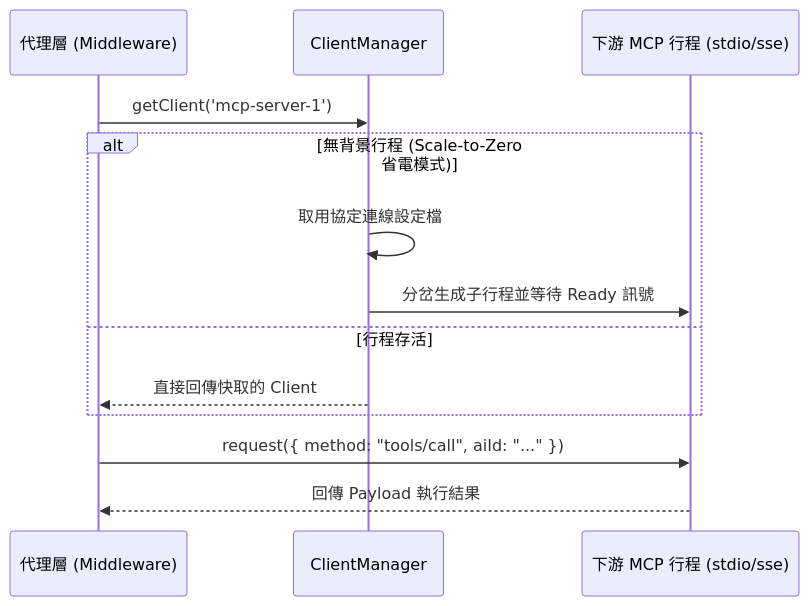
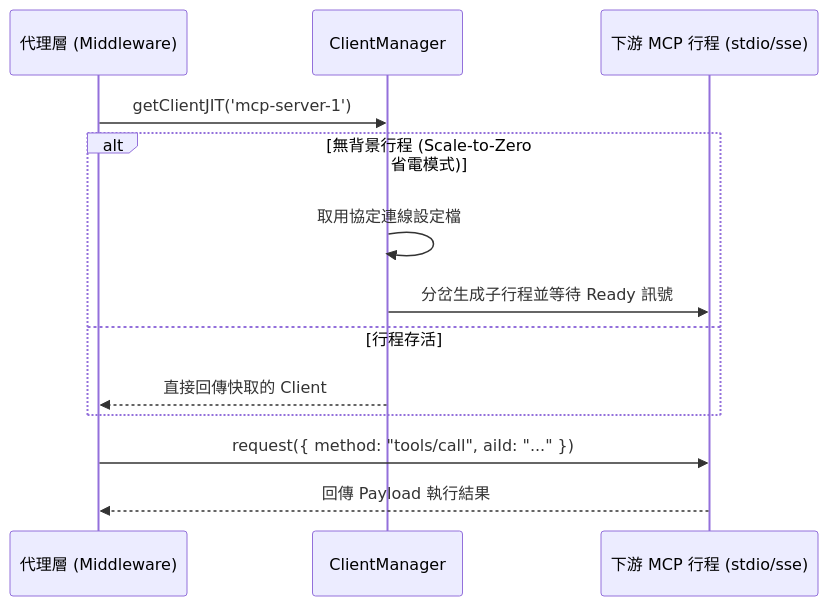
The sixth of 10 diagrams in ARCHITECTURE.md (Cyber-Sec-Space/aag-core), drawn with Mermaid before and after one commit. The commit also changed other lines of this file and 5 other files, not shown here.

````diff
--- a/ARCHITECTURE.md
+++ b/ARCHITECTURE.md
@@ -173,16 +173,16 @@
 ```mermaid
 sequenceDiagram
     participant Proxy as 代理層 (Middleware)
     participant CM as ClientManager
     participant Subprocess as 下游 MCP 行程 (stdio/sse)
     
-    Proxy->>CM: getClient('mcp-server-1')
+    Proxy->>CM: getClientJIT('mcp-server-1')
     alt 無背景行程 (Scale-to-Zero 省電模式)
         CM->>CM: 取用協定連線設定檔
         CM->>Subprocess: 分岔生成子行程並等待 Ready 訊號
     else 行程存活
         CM-->>Proxy: 直接回傳快取的 Client
     end
     Proxy->>Subprocess: request({ method: "tools/call", aiId: "..." })
     Subprocess-->>Proxy: 回傳 Payload 執行結果
 ```
````
